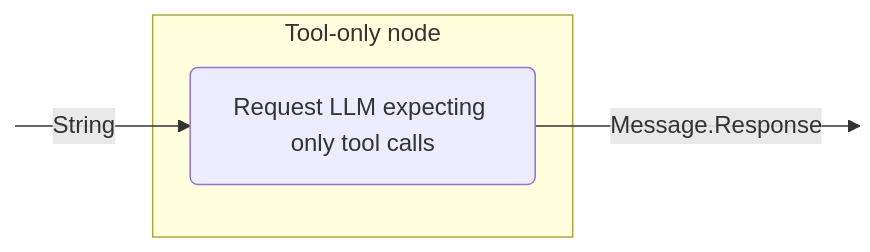
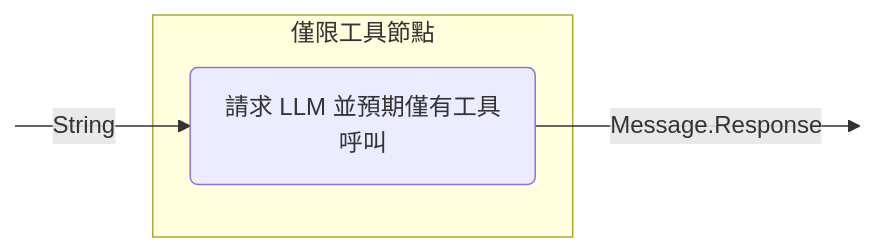
The fourth of 15 diagrams in docs/zh-Hant/koog/nodes-and-components.md (BinaryTape/Open-Docs), drawn with Mermaid before and after one commit. The commit also changed other lines of this file and 457 other files, not shown here.

````diff
--- a/docs/zh-Hant/koog/nodes-and-components.md
+++ b/docs/zh-Hant/koog/nodes-and-components.md
@@ -256,13 +254,13 @@
 ```mermaid
 graph LR
     in:::hidden
     out:::hidden
     
-    subgraph node ["Tool-only node"]
-        execute(Request LLM expecting only tool calls)
+    subgraph node ["僅限工具節點"]
+        execute(請求 LLM 並預期僅有工具呼叫)
     end
     
     in --String--> execute --Message.Response--> out
 
     classDef hidden display: none;
 ```
````
